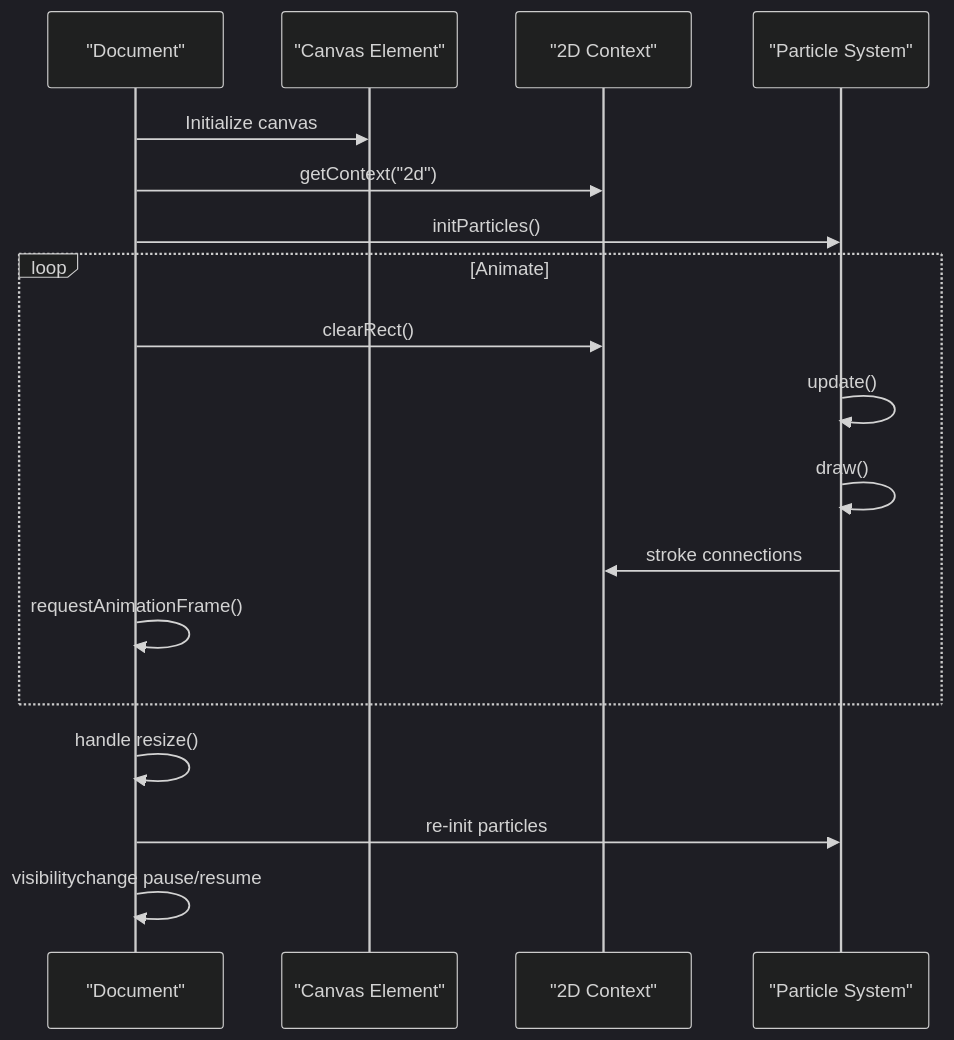
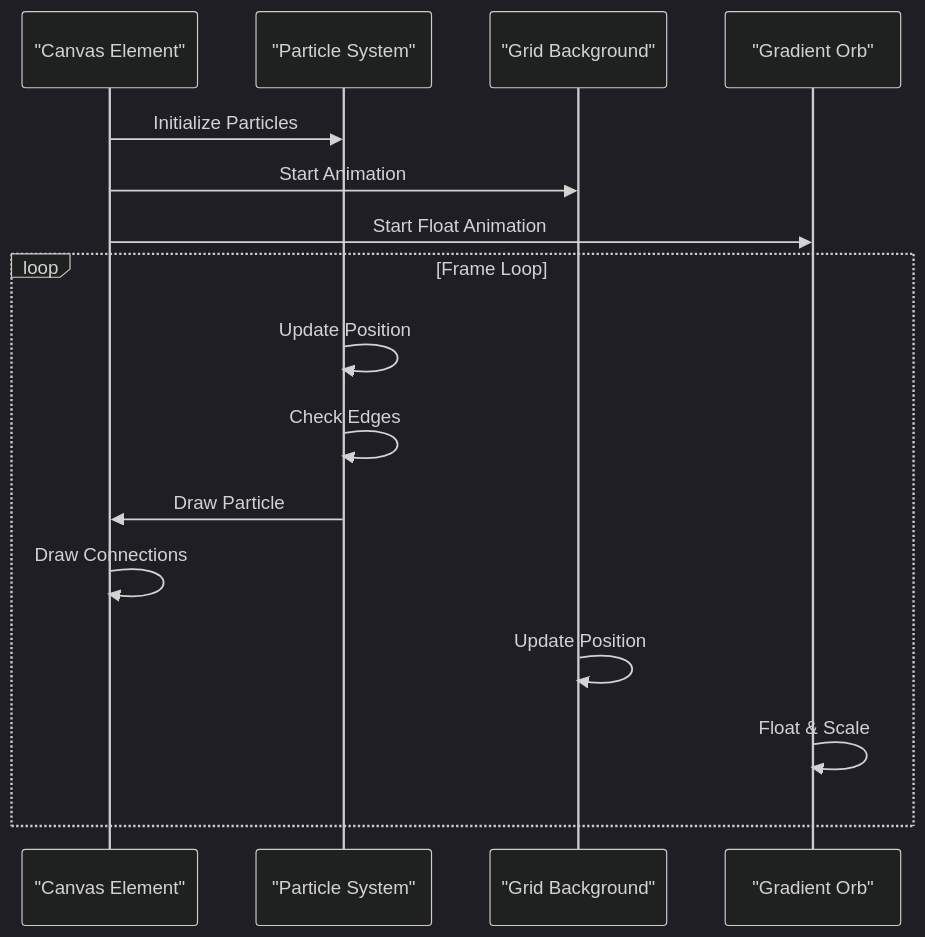
Before and after one commit to ayushtiwari1526/TheReinforcers_AyushTiwari: the third of 4 diagrams in .qoder/repowiki/en/content/Styling and Visual Design.md, drawn with Mermaid (dark theme). The commit also changed other lines of this file and 21 other files, not shown here.

````diff
--- a/.qoder/repowiki/en/content/Styling and Visual Design.md
+++ b/.qoder/repowiki/en/content/Styling and Visual Design.md
@@ -145,20 +159,18 @@
 ```mermaid
 sequenceDiagram
-participant Doc as "Document"
 participant Canvas as "Canvas Element"
-participant Ctx as "2D Context"
 participant Particles as "Particle System"
-Doc->>Canvas : Initialize canvas
-Doc->>Ctx : getContext("2d")
-Doc->>Particles : initParticles()
-loop Animate
-Doc->>Ctx : clearRect()
-Particles->>Particles : update()
-Particles->>Particles : draw()
-Particles->>Ctx : stroke connections
-Doc->>Doc : requestAnimationFrame()
+participant Grid as "Grid Background"
+participant Orb as "Gradient Orb"
+Canvas->>Particles : Initialize Particles
+Canvas->>Grid : Start Animation
+Canvas->>Orb : Start Float Animation
+loop Frame Loop
+Particles->>Particles : Update Position
+Particles->>Particles : Check Edges
+Particles->>Canvas : Draw Particle
+Canvas->>Canvas : Draw Connections
+Grid->>Grid : Update Position
+Orb->>Orb : Float & Scale
 end
-Doc->>Doc : handle resize()
-Doc->>Particles : re-init particles
-Doc->>Doc : visibilitychange pause/resume
 ```
````
